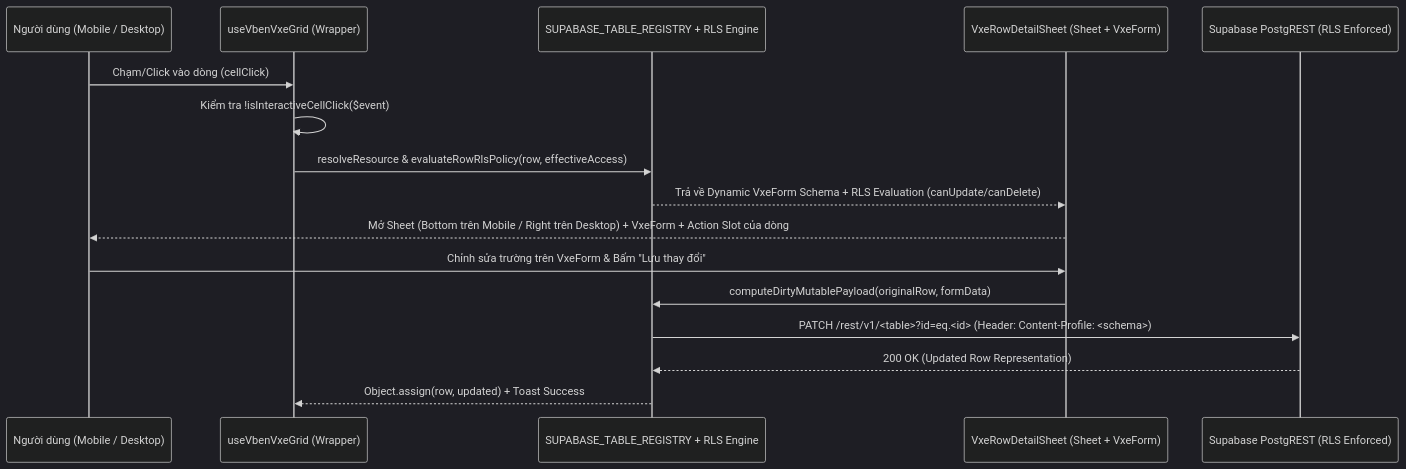
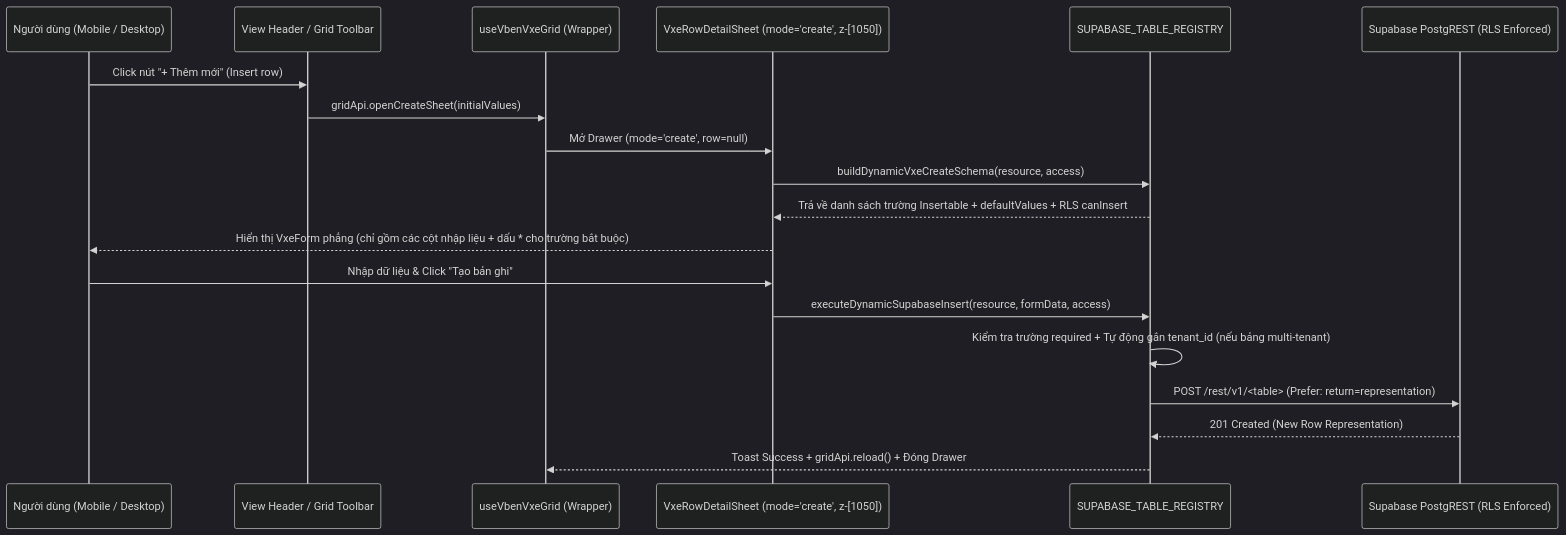
Before and after one commit to tuquet/console: the diagram in apps/web-admin/docs/specs/SPEC-mobile-vxe-detail-sheet.md, drawn with Mermaid (dark theme). The commit also changed other lines of this file and 30 other files, not shown here.

Commit message:
feat(@tuquet/admin-web): unify Supabase Studio CRUD insert/edit drawer, stacked relational sheet, and VXE cell renderers

````diff
--- a/apps/web-admin/docs/specs/SPEC-mobile-vxe-detail-sheet.md
+++ b/apps/web-admin/docs/specs/SPEC-mobile-vxe-detail-sheet.md
@@ -122,19 +131,22 @@
 ```mermaid
 sequenceDiagram
     participant User as Người dùng (Mobile / Desktop)
+    participant View as View Header / Grid Toolbar
     participant Grid as useVbenVxeGrid (Wrapper)
-    participant Registry as SUPABASE_TABLE_REGISTRY + RLS Engine
-    participant Sheet as VxeRowDetailSheet (Sheet + VxeForm)
+    participant PrimarySheet as VxeRowDetailSheet (mode='create', z-[1050])
+    participant Registry as SUPABASE_TABLE_REGISTRY
     participant DB as Supabase PostgREST (RLS Enforced)
 
-    User->>Grid: Chạm/Click vào dòng (cellClick)
-    Grid->>Grid: Kiểm tra !isInteractiveCellClick($event)
-    Grid->>Registry: resolveResource & evaluateRowRlsPolicy(row, effectiveAccess)
-    Registry-->>Sheet: Trả về Dynamic VxeForm Schema + RLS Evaluation (canUpdate/canDelete)
-    Sheet-->>User: Mở Sheet (Bottom trên Mobile / Right trên Desktop) + VxeForm + Action Slot của dòng
-    User->>Sheet: Chỉnh sửa trường trên VxeForm & Bấm "Lưu thay đổi"
-    Sheet->>Registry: computeDirtyMutablePayload(originalRow, formData)
-    Registry->>DB: PATCH /rest/v1/<table>?id=eq.<id> (Header: Content-Profile: <schema>)
-    DB-->>Registry: 200 OK (Updated Row Representation)
-    Registry-->>Grid: Object.assign(row, updated) + Toast Success
+    User->>View: Click nút "+ Thêm mới" (Insert row)
+    View->>Grid: gridApi.openCreateSheet(initialValues)
+    Grid->>PrimarySheet: Mở Drawer (mode='create', row=null)
+    PrimarySheet->>Registry: buildDynamicVxeCreateSchema(resource, access)
+    Registry-->>PrimarySheet: Trả về danh sách trường Insertable + defaultValues + RLS canInsert
+    PrimarySheet-->>User: Hiển thị VxeForm phẳng (chỉ gồm các cột nhập liệu + dấu * cho trường bắt buộc)
+    User->>PrimarySheet: Nhập dữ liệu & Click "Tạo bản ghi"
+    PrimarySheet->>Registry: executeDynamicSupabaseInsert(resource, formData, access)
+    Registry->>Registry: Kiểm tra trường required + Tự động gắn tenant_id (nếu bảng multi-tenant)
+    Registry->>DB: POST /rest/v1/<table> (Prefer: return=representation)
+    DB-->>Registry: 201 Created (New Row Representation)
+    Registry-->>Grid: Toast Success + gridApi.reload() + Đóng Drawer
 ```
````
